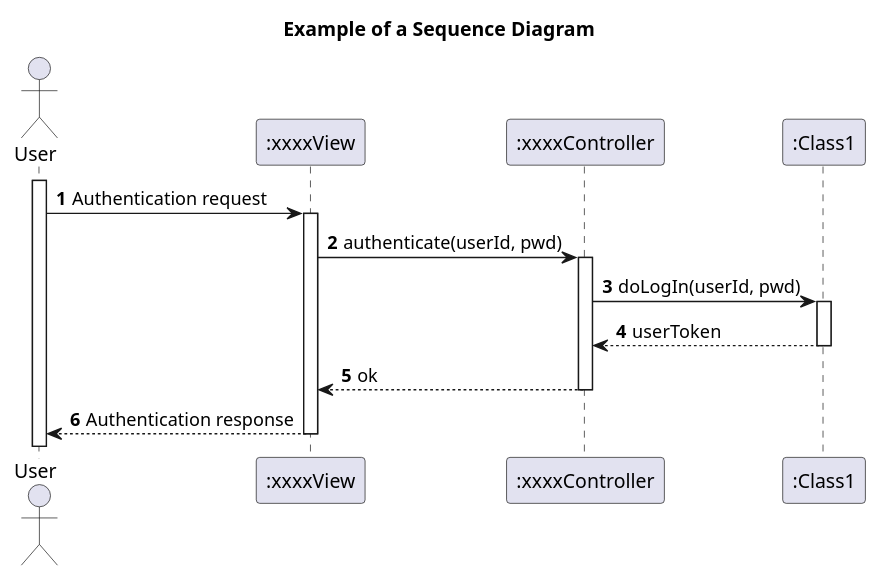
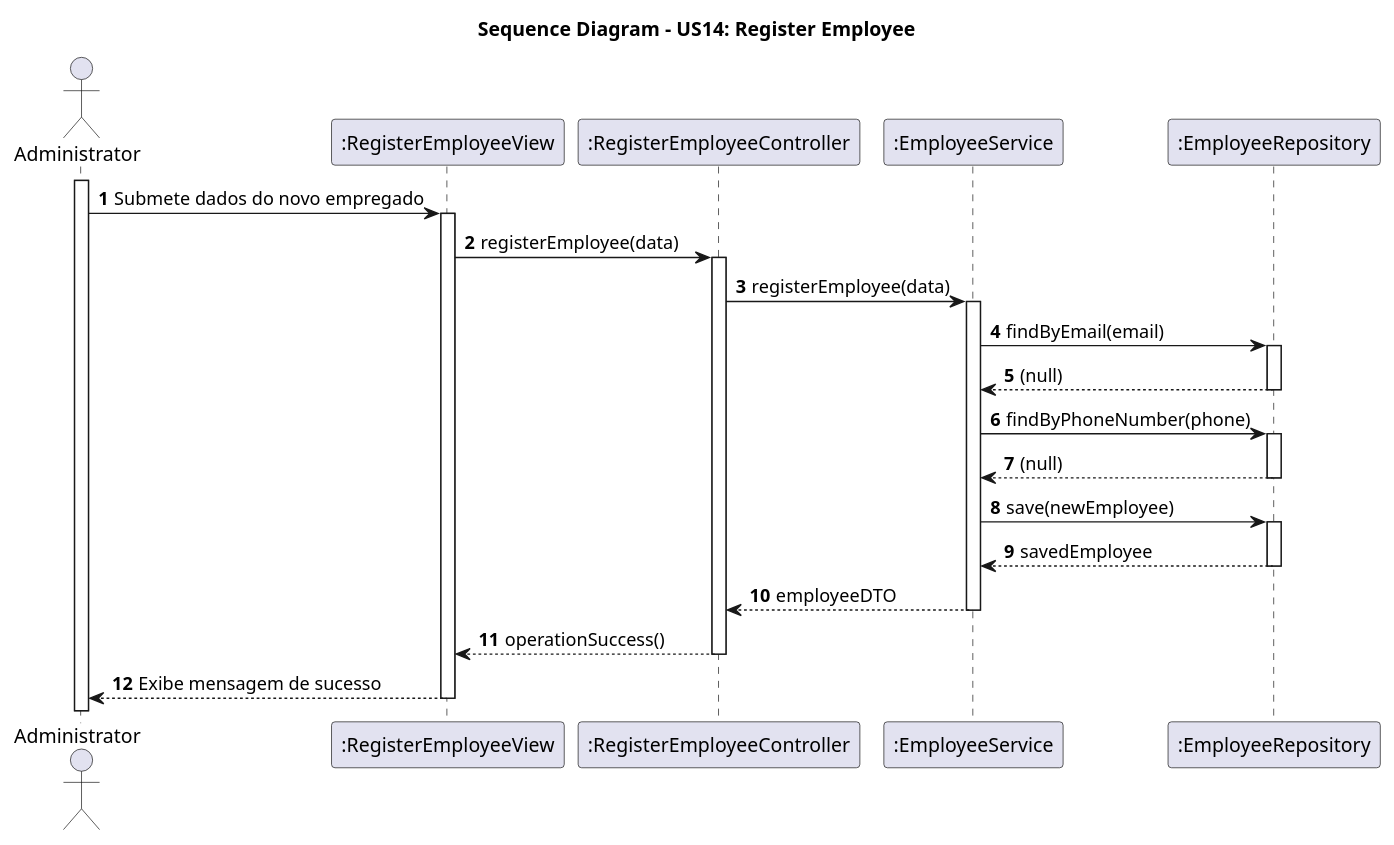
One commit to goncalomaia18/leti-esoft-25-26-C3 changed the diagram in docs/system-documentation/US14/puml/US14-SD.puml. Above: the diagram before and after it, drawn with PlantUML. The commit also changed 5 other files, not shown here.

```diff
--- a/docs/system-documentation/US14/puml/US14-SD.puml
+++ b/docs/system-documentation/US14/puml/US14-SD.puml
@@ -1,23 +1,34 @@
 @startuml
 'https://plantuml.com/sequence-diagram
 
-title Example of a Sequence Diagram
+title Sequence Diagram - US14: Register Employee
 
 autoactivate on
 autonumber
 
-actor "User" as User
-participant ":xxxxView" as System
-participant ":xxxxController" as Ctrl
-participant ":Class1" as C1
+actor "Administrator" as Admin
+participant ":RegisterEmployeeView" as view
+participant ":RegisterEmployeeController" as Ctrl
+participant ":EmployeeService" as Srv
+participant ":EmployeeRepository" as Repo
 
-activate User
+activate Admin
+Admin -> view : Submete dados do novo empregado
+view -> Ctrl : registerEmployee(data)
 
-User -> System: Authentication request
-System -> Ctrl: authenticate(userId, pwd)
-Ctrl -> C1: doLogIn(userId, pwd)
-C1 --> Ctrl: userToken
-Ctrl --> System: ok
-System --> User: Authentication response
+Ctrl -> Srv : registerEmployee(data)
+' AC14-4: Verifica unicidade
+Srv -> Repo : findByEmail(email)
+Repo --> Srv : (null)
+Srv -> Repo : findByPhoneNumber(phone)
+Repo --> Srv : (null)
+
+' Cria e guarda a nova entidade
+Srv -> Repo : save(newEmployee)
+Repo --> Srv : savedEmployee
+
+Srv --> Ctrl : employeeDTO
+Ctrl --> view : operationSuccess()
+view --> Admin : Exibe mensagem de sucesso
 
 @enduml
```
